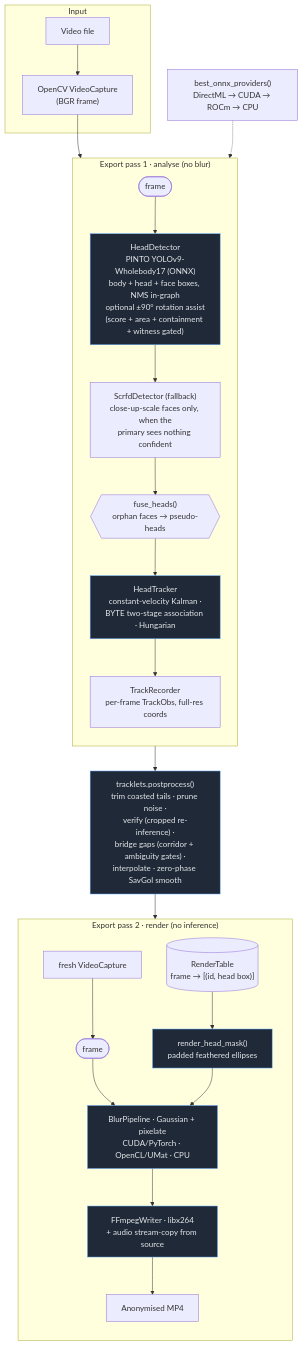
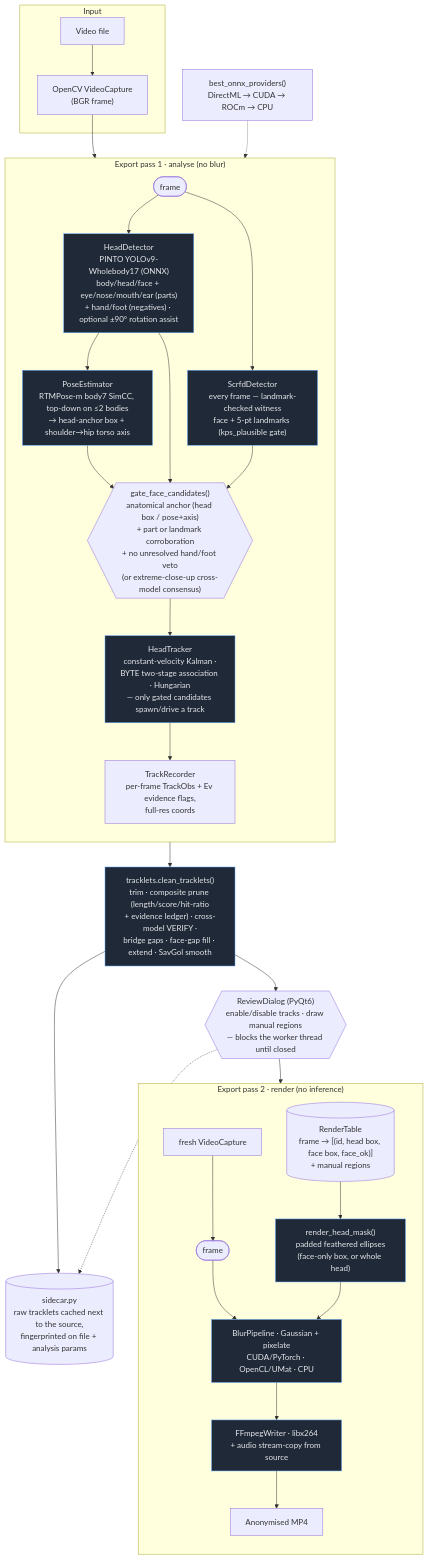
One commit to kabir0st/automated-video-privacy-pipeline changed the diagram in docs/DATAFLOW.md. Above: the diagram before and after it, drawn with Mermaid. The commit also changed other lines of this file and 7 other files, not shown here.

First line of the commit message:
feat: Implement review functionality for tracklets

````diff
--- a/docs/DATAFLOW.md
+++ b/docs/DATAFLOW.md
@@ -15,37 +20,43 @@
 ```mermaid
 flowchart TD
     subgraph Input
         VID[Video file]
         VC["OpenCV VideoCapture<br/>(BGR frame)"]
         VID --> VC
     end
 
     VC --> FRAME([frame])
 
     subgraph P1["Export pass 1 · analyse (no blur)"]
         direction TB
-        FRAME --> DET["HeadDetector<br/>PINTO YOLOv9-Wholebody17 (ONNX)<br/>body + head + face boxes, NMS in-graph<br/>optional ±90° rotation assist<br/>(score + area + containment + witness gated)"]
-        DET --> SCRFD["ScrfdDetector (fallback)<br/>close-up-scale faces only, when the<br/>primary sees nothing confident"]
-        SCRFD --> FUSE{{"fuse_heads()<br/>orphan faces → pseudo-heads"}}
-        FUSE --> TRK["HeadTracker<br/>constant-velocity Kalman ·<br/>BYTE two-stage association · Hungarian"]
-        TRK --> REC["TrackRecorder<br/>per-frame TrackObs, full-res coords"]
+        FRAME --> DET["HeadDetector<br/>PINTO YOLOv9-Wholebody17 (ONNX)<br/>body/head/face + eye/nose/mouth/ear (parts)<br/>+ hand/foot (negatives) · optional ±90° rotation assist"]
+        FRAME --> SCRFD["ScrfdDetector<br/>every frame — landmark-checked witness<br/>face + 5-pt landmarks (kps_plausible gate)"]
+        DET --> POSE["PoseEstimator<br/>RTMPose-m body7 SimCC, top-down on ≤2 bodies<br/>→ head-anchor box + shoulder→hip torso axis"]
+        DET --> GATE{{"gate_face_candidates()<br/>anatomical anchor (head box / pose+axis)<br/>+ part or landmark corroboration<br/>+ no unresolved hand/foot veto<br/>(or extreme-close-up cross-model consensus)"}}
+        SCRFD --> GATE
+        POSE --> GATE
+        GATE --> TRK["HeadTracker<br/>constant-velocity Kalman ·<br/>BYTE two-stage association · Hungarian<br/>— only gated candidates spawn/drive a track"]
+        TRK --> REC["TrackRecorder<br/>per-frame TrackObs + Ev evidence flags,<br/>full-res coords"]
     end
 
-    REC --> POST["tracklets.postprocess()<br/>trim coasted tails · prune noise ·<br/>verify (cropped re-inference) ·<br/>bridge gaps (corridor + ambiguity gates) ·<br/>interpolate · zero-phase SavGol smooth"]
-    POST --> TABLE[("RenderTable<br/>frame → [(id, head box)]")]
+    REC --> CLEAN["tracklets.clean_tracklets()<br/>trim · composite prune (length/score/hit-ratio<br/>+ evidence ledger) · cross-model VERIFY ·<br/>bridge gaps · face-gap fill · extend · SavGol smooth"]
+    CLEAN --> SIDE[("sidecar.py<br/>raw tracklets cached next to the source,<br/>fingerprinted on file + analysis params")]
+    CLEAN --> REVIEW{{"ReviewDialog (PyQt6)<br/>enable/disable tracks · draw manual regions<br/>— blocks the worker thread until closed"}}
+    REVIEW --> TABLE[("RenderTable<br/>frame → [(id, head box, face box, face_ok)]<br/>+ manual regions")]
+    REVIEW -.-> SIDE
 
     subgraph P2["Export pass 2 · render (no inference)"]
         direction TB
         VC2["fresh VideoCapture"] --> FRAME2([frame])
-        TABLE --> MASK["render_head_mask()<br/>padded feathered ellipses"]
+        TABLE --> MASK["render_head_mask()<br/>padded feathered ellipses<br/>(face-only box, or whole head)"]
         FRAME2 --> BLUR["BlurPipeline · Gaussian + pixelate<br/>CUDA/PyTorch · OpenCL/UMat · CPU"]
         MASK --> BLUR
         BLUR --> WRITE["FFmpegWriter · libx264<br/>+ audio stream-copy from source"]
         WRITE --> OUT[Anonymised MP4]
     end
 
     PROV["best_onnx_providers()<br/>DirectML → CUDA → ROCm → CPU"] -.-> DET
 
     classDef tech fill:#1f2937,stroke:#60a5fa,color:#e5e7eb;
-    class DET,TRK,POST,MASK,BLUR,WRITE tech;
+    class DET,SCRFD,POSE,TRK,CLEAN,MASK,BLUR,WRITE tech;
 ```
````
